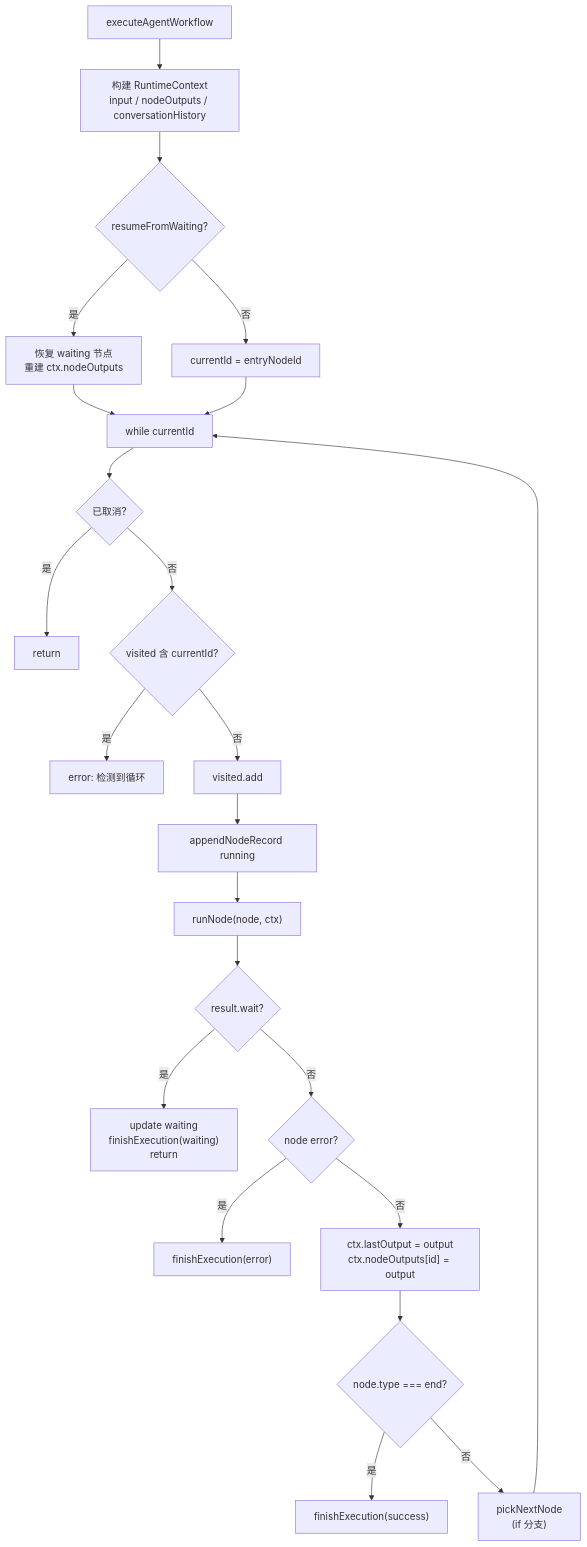
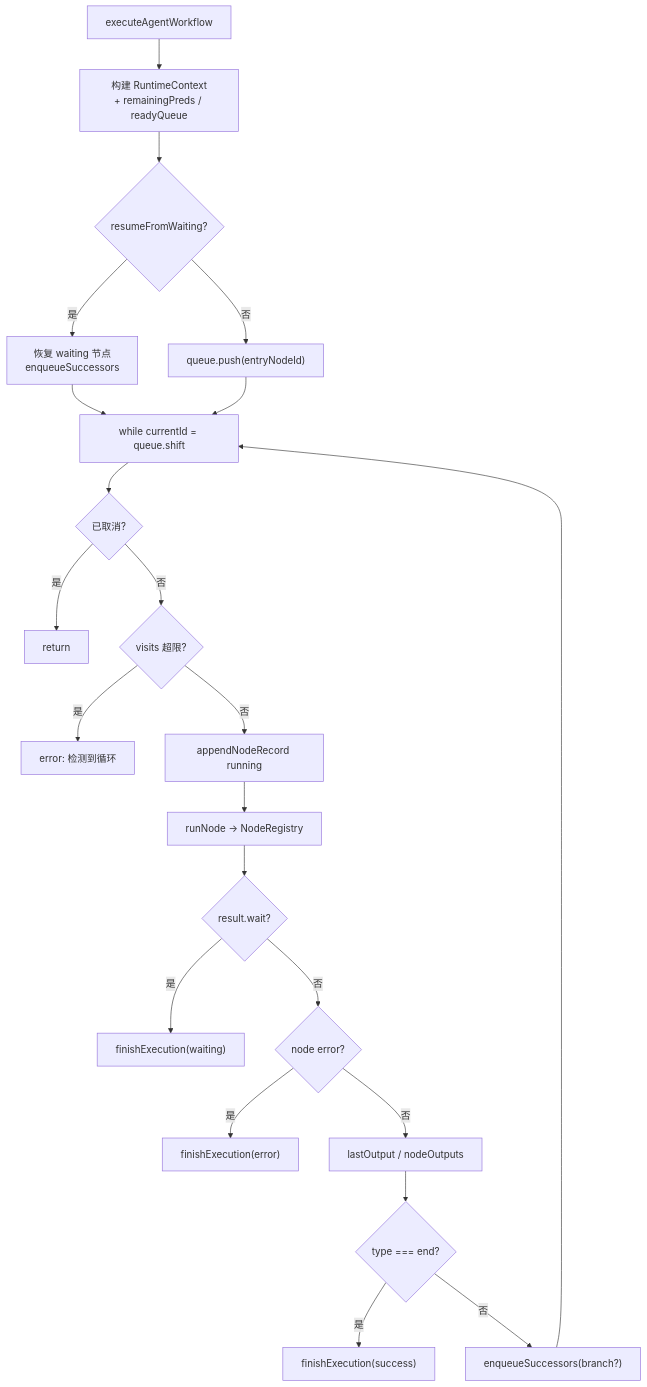
Before and after one commit to nan1010082085/ai-platform-docs: the eighth of 17 diagrams in ai/design/runtime.md, drawn with Mermaid. The commit also changed other lines of this file and 99 other files, not shown here.

````diff
--- a/ai/design/runtime.md
+++ b/ai/design/runtime.md
@@ -291,26 +293,25 @@
 ```mermaid
 flowchart TD
-  Start["executeAgentWorkflow"] --> Init["构建 RuntimeContext\ninput / nodeOutputs / conversationHistory"]
+  Start["executeAgentWorkflow"] --> Init["构建 RuntimeContext\n+ remainingPreds / readyQueue"]
   Init --> Resume{resumeFromWaiting?}
-  Resume -->|是| Restore["恢复 waiting 节点\n重建 ctx.nodeOutputs"]
-  Resume -->|否| Entry["currentId = entryNodeId"]
+  Resume -->|是| Restore["恢复 waiting 节点\nenqueueSuccessors"]
+  Resume -->|否| Entry["queue.push(entryNodeId)"]
   Restore --> Loop
   Entry --> Loop
 
-  Loop["while currentId"] --> Cancel{已取消?}
+  Loop["while currentId = queue.shift"] --> Cancel{已取消?}
   Cancel -->|是| Stop["return"]
-  Cancel -->|否| Cycle{visited 含 currentId?}
+  Cancel -->|否| Cycle{visits 超限?}
   Cycle -->|是| ErrCycle["error: 检测到循环"]
-  Cycle -->|否| Mark["visited.add"]
-  Mark --> Record["appendNodeRecord running"]
-  Record --> RunNode["runNode(node, ctx)"]
+  Cycle -->|否| Record["appendNodeRecord running"]
+  Record --> RunNode["runNode → NodeRegistry"]
   RunNode --> Wait{result.wait?}
-  Wait -->|是| HITL["update waiting\nfinishExecution(waiting)\nreturn"]
+  Wait -->|是| HITL["finishExecution(waiting)"]
   Wait -->|否| Err{node error?}
   Err -->|是| Fail["finishExecution(error)"]
-  Err -->|否| Success["ctx.lastOutput = output\nctx.nodeOutputs[id] = output"]
-  Success --> EndType{node.type === end?}
+  Err -->|否| Success["lastOutput / nodeOutputs"]
+  Success --> EndType{type === end?}
   EndType -->|是| Done["finishExecution(success)"]
-  EndType -->|否| Next["pickNextNode\n(if 分支)"]
-  Next --> Loop
+  EndType -->|否| Enq["enqueueSuccessors(branch?)"]
+  Enq --> Loop
 ```
````
